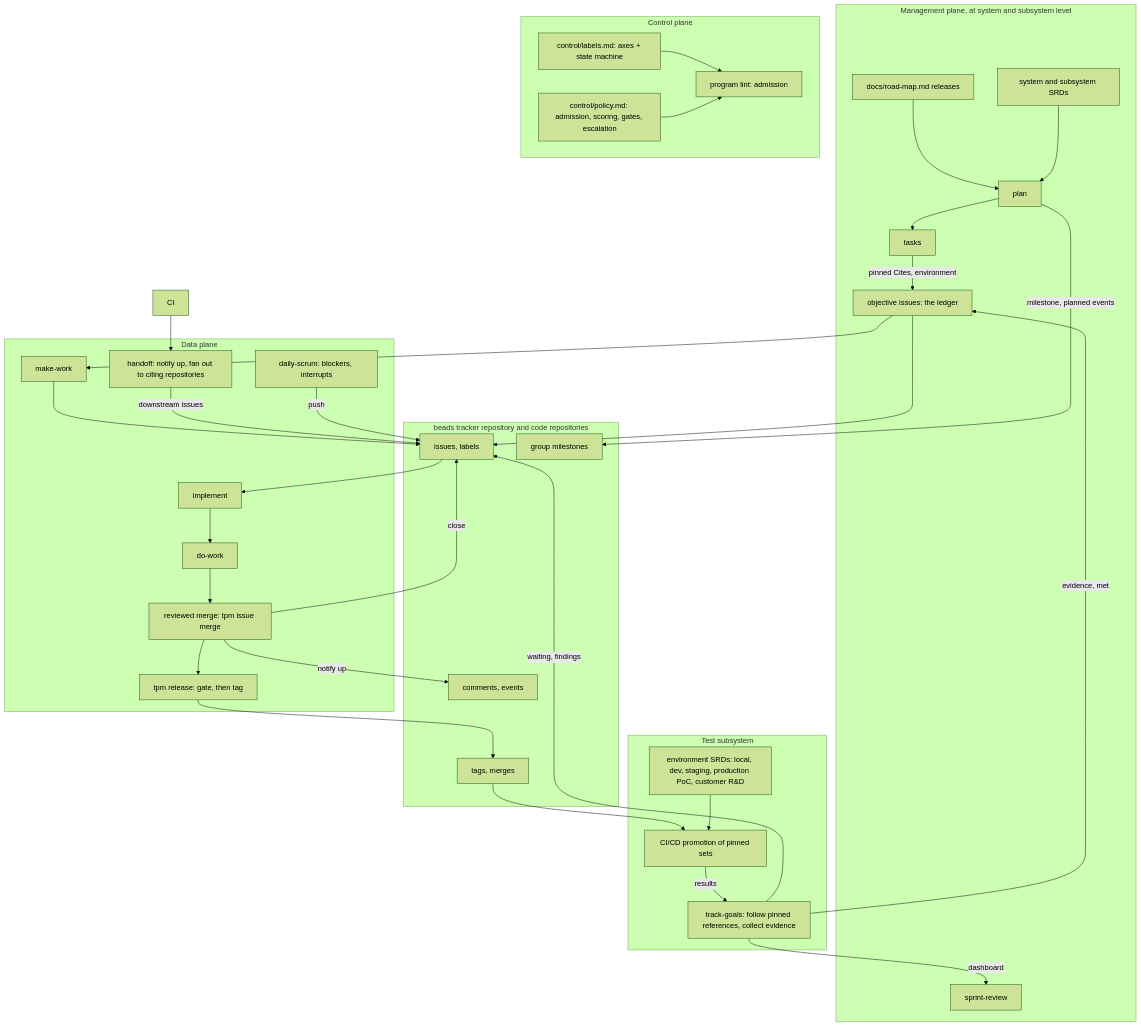
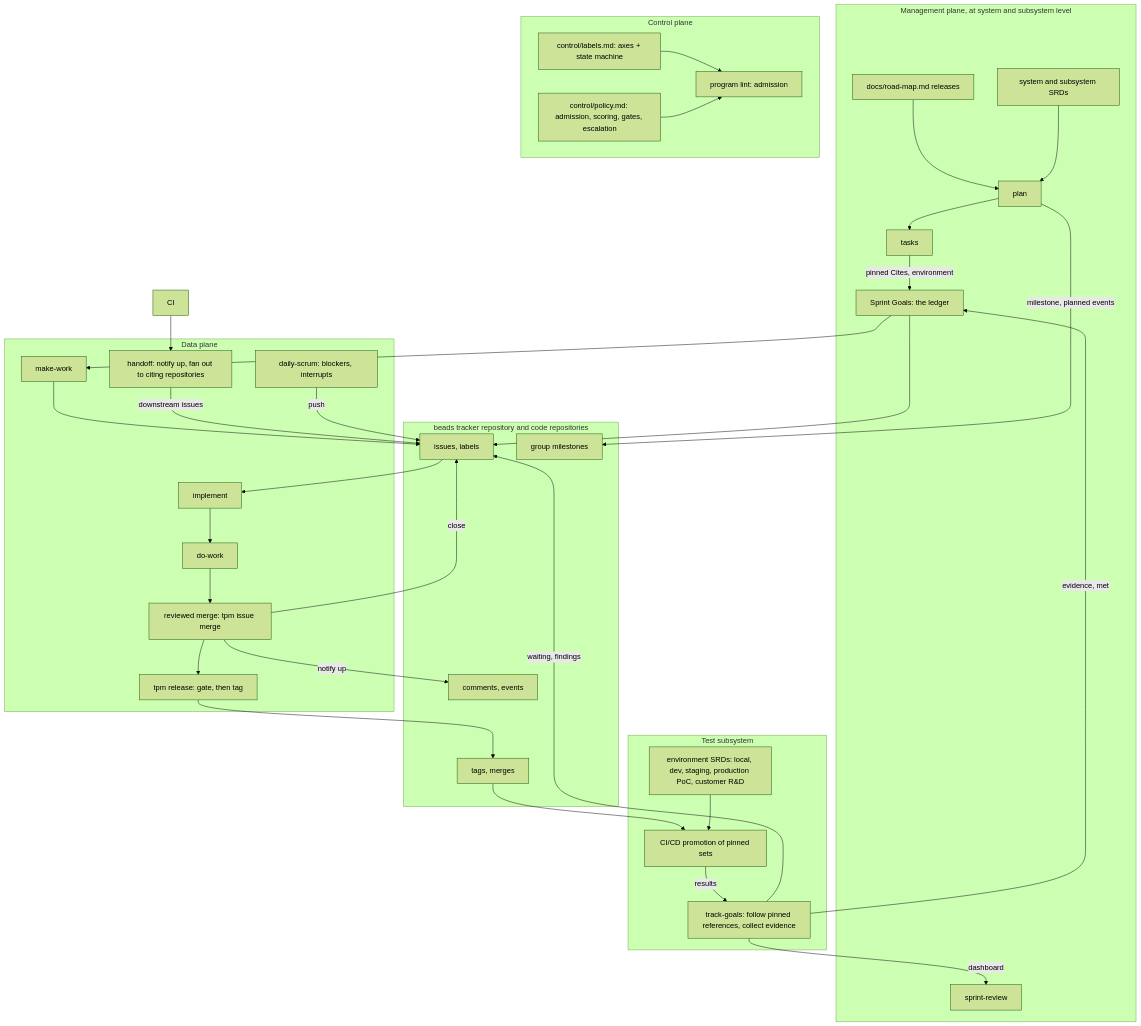
One commit to gray-lake-labs/declarative-agents changed the diagram in docs/ARCHITECTURE.md. Above: the diagram before and after it, drawn with Mermaid (forest theme). The commit also changed other lines of this file and 48 other files, not shown here.

````diff
--- a/docs/ARCHITECTURE.md
+++ b/docs/ARCHITECTURE.md
@@ -75,63 +75,63 @@
 ```mermaid
 flowchart TB
   subgraph MGMT[Management plane, at system and subsystem level]
     ROADMAP[docs/road-map.md releases]
     SRDS[system and subsystem SRDs]
     PLAN[plan]
     GOALS[tasks]
-    OBJ[objective issues: the ledger]
+    OBJ[Sprint Goals: the ledger]
     REVIEW[sprint-review]
   end
 
   subgraph CTRL[Control plane]
     LABELS[control/labels.md: axes + state machine]
     POLICY[control/policy.md: admission, scoring, gates, escalation]
     LINT[program lint: admission]
   end
 
   subgraph DATA[Data plane]
     MAKE[make-work]
     POP[implement]
     WORK[do-work]
     MR[reviewed merge: tpm issue merge]
     RELEASE[tpm release: gate, then tag]
     HANDOFF[handoff: notify up, fan out to citing repositories]
     TODAY[daily-scrum: blockers, interrupts]
   end
 
   subgraph TEST[Test subsystem]
     ENVS[environment SRDs: local, dev, staging, production PoC, customer R&D]
     PROMOTE[CI/CD promotion of pinned sets]
     TRACK[track-goals: follow pinned references, collect evidence]
   end
 
   subgraph TRACKER[beads tracker repository and code repositories]
     ISSUES[issues, labels]
     MILESTONES[group milestones]
     COMMENTS[comments, events]
     TAGS[tags, merges]
   end
 
   ROADMAP --> PLAN
   SRDS --> PLAN
   PLAN -->|milestone, planned events| MILESTONES
   PLAN --> GOALS
   GOALS -->|pinned Cites, environment| OBJ
   OBJ --> ISSUES
   OBJ --> MAKE --> ISSUES
   LABELS --> LINT
   POLICY --> LINT
   ISSUES --> POP --> WORK --> MR
   MR -->|close| ISSUES
   MR -->|notify up| COMMENTS
   MR --> RELEASE --> TAGS
   CI --> HANDOFF
   HANDOFF -->|downstream issues| ISSUES
   TAGS --> PROMOTE
   ENVS --> PROMOTE
   PROMOTE -->|results| TRACK
   TRACK -->|evidence, met| OBJ
   TRACK -->|waiting, findings| ISSUES
   TRACK -->|dashboard| REVIEW
   TODAY -->|push| ISSUES
 ```
````
